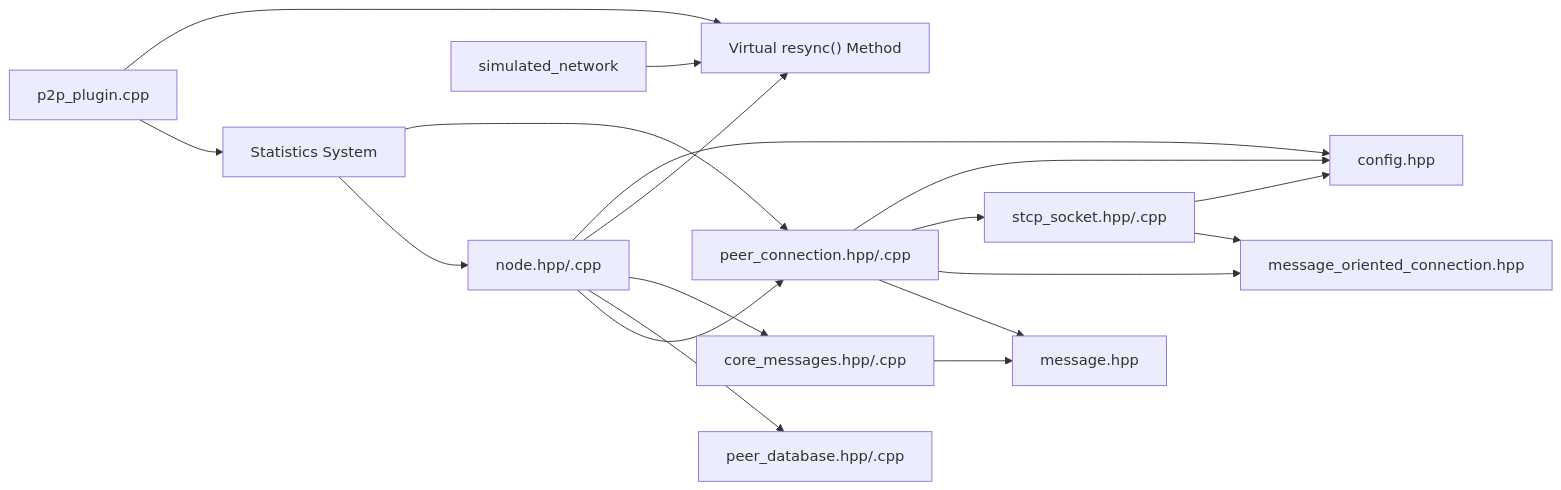
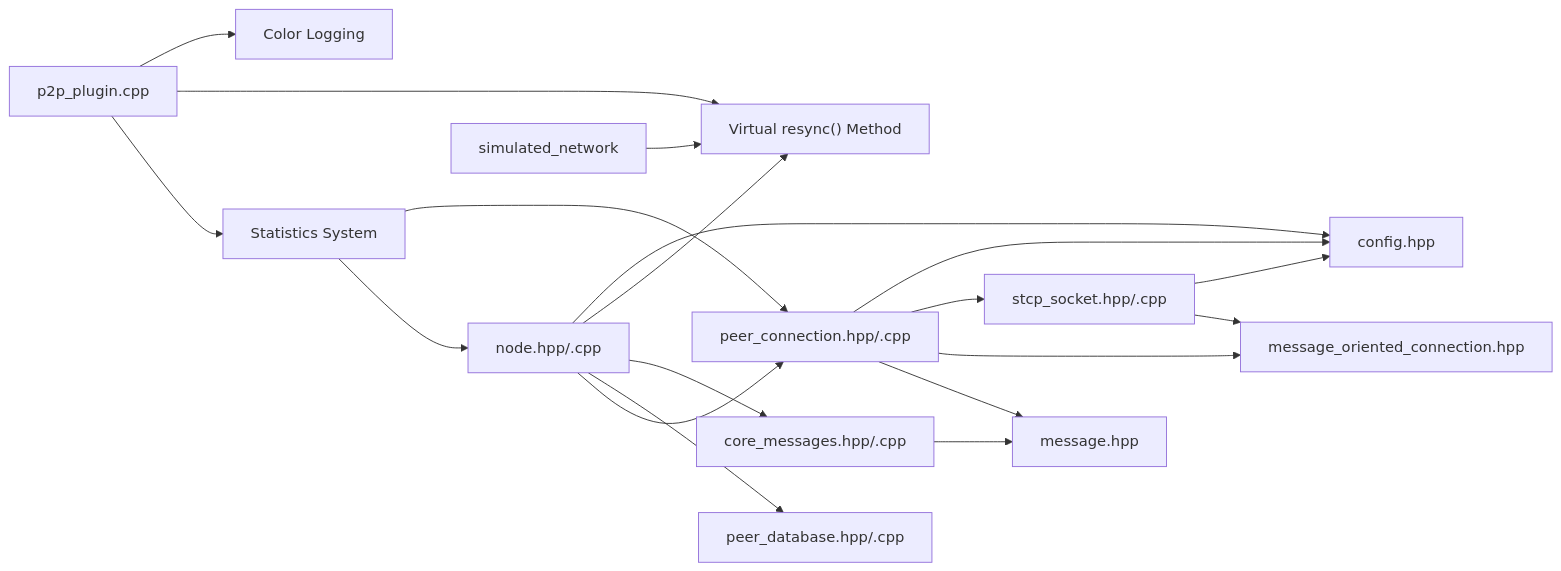
Diagram 13 of 13 in .qoder/repowiki/en/content/Architecture Overview/Core Libraries/Network Library/Network Library.md (VIZ-Blockchain/viz-cpp-node), drawn with Mermaid before and after one commit. The commit also changed other lines of this file and 9 other files, not shown here.

````diff
--- a/.qoder/repowiki/en/content/Architecture Overview/Core Libraries/Network Library/Network Library.md
+++ b/.qoder/repowiki/en/content/Architecture Overview/Core Libraries/Network Library/Network Library.md
@@ -686,20 +733,21 @@
 ```mermaid
 graph LR
 Node["node.hpp/.cpp"] --> PeerConn["peer_connection.hpp/.cpp"]
 Node --> PeerDB["peer_database.hpp/.cpp"]
 Node --> CoreMsg["core_messages.hpp/.cpp"]
 Node --> Resync["Virtual resync() Method"]
 PeerConn --> Msg["message.hpp"]
 PeerConn --> MOC["message_oriented_connection.hpp"]
 PeerConn --> STCP["stcp_socket.hpp/.cpp"]
 CoreMsg --> Msg
 STCP --> MOC
 Node --> Cfg["config.hpp"]
 PeerConn --> Cfg
 STCP --> Cfg
 Stats["Statistics System"] --> Node
 Stats --> PeerConn
 P2P["p2p_plugin.cpp"] --> Stats
 P2P --> Resync
+P2P --> Color["Color Logging"]
 SimNet["simulated_network"] --> Resync
 ```
````
